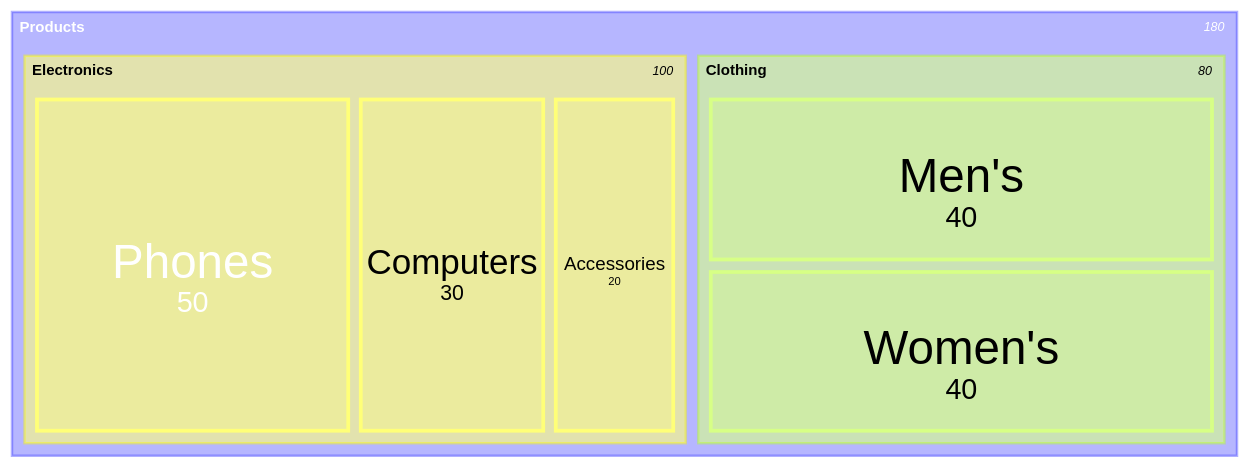
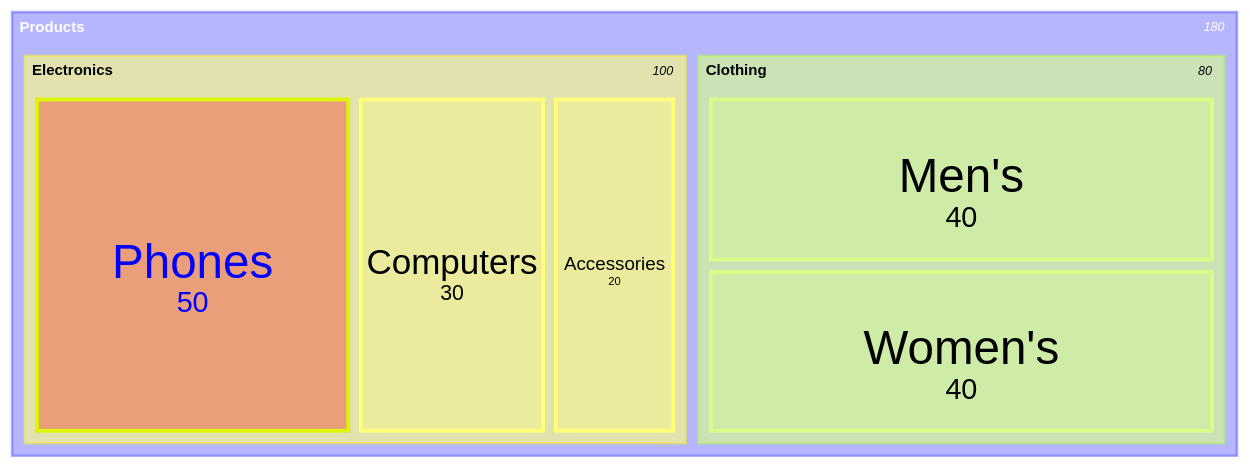
One commit to HUIHW944/gittest changed the seventh of 7 diagrams in mermaid.md. Above: the diagram before and after it, drawn with Mermaid.

Commit message:
mermaid color

````diff
--- a/mermaid.md
+++ b/mermaid.md
@@ -100,11 +100,12 @@
 ```mermaid
 treemap-beta
 "Products"
     "Electronics"
-        "Phones": 50
+        "Phones": 50:::class1
         "Computers": 30
         "Accessories": 20
     "Clothing"
         "Men's": 40
         "Women's": 40
+classDef class1 fill:red,color:blue,stroke:#DDF600;
 ```
````
